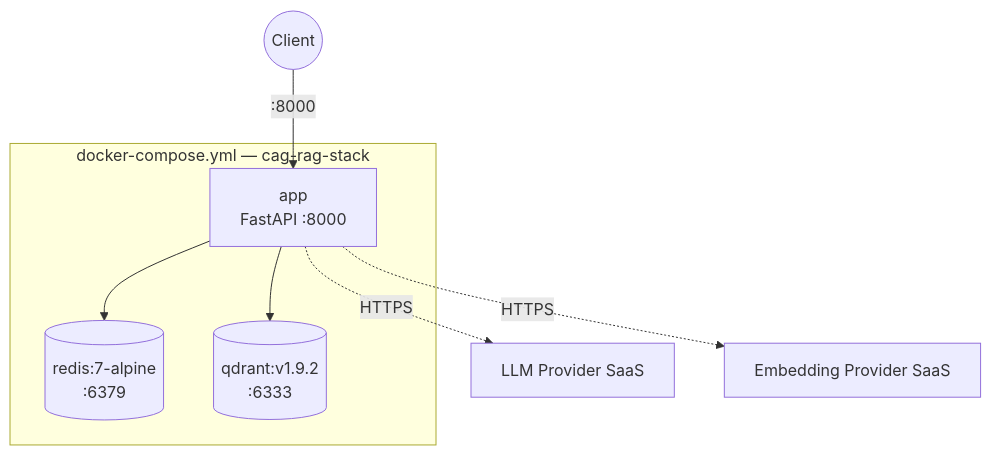
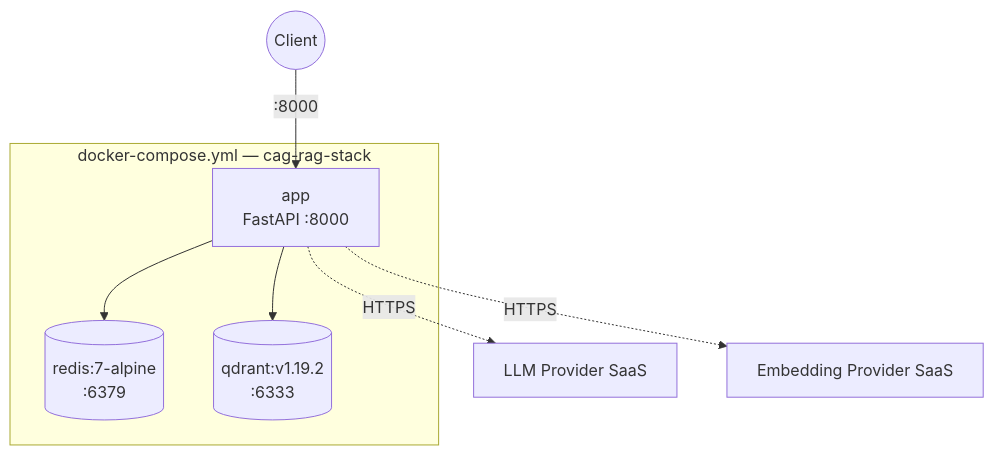
The sixth of 6 diagrams in docs/architecture-design.md (dKKpandey/CAG-RAG), drawn with Mermaid before and after one commit. The commit also changed 3 other files, not shown here.

````diff
--- a/docs/architecture-design.md
+++ b/docs/architecture-design.md
@@ -306,13 +306,13 @@
 ```mermaid
 flowchart TB
     subgraph Compose["docker-compose.yml — cag-rag-stack"]
         AppC["app\nFastAPI :8000"]
         RedisC[("redis:7-alpine\n:6379")]
-        QdrantC[("qdrant:v1.9.2\n:6333")]
+        QdrantC[("qdrant:v1.19.2\n:6333")]
     end
     Client(("Client")) -- ":8000" --> AppC
     AppC --> RedisC
     AppC --> QdrantC
     AppC -. HTTPS .-> LLMExt["LLM Provider SaaS"]
     AppC -. HTTPS .-> EmbedExt["Embedding Provider SaaS"]
 ```
````
